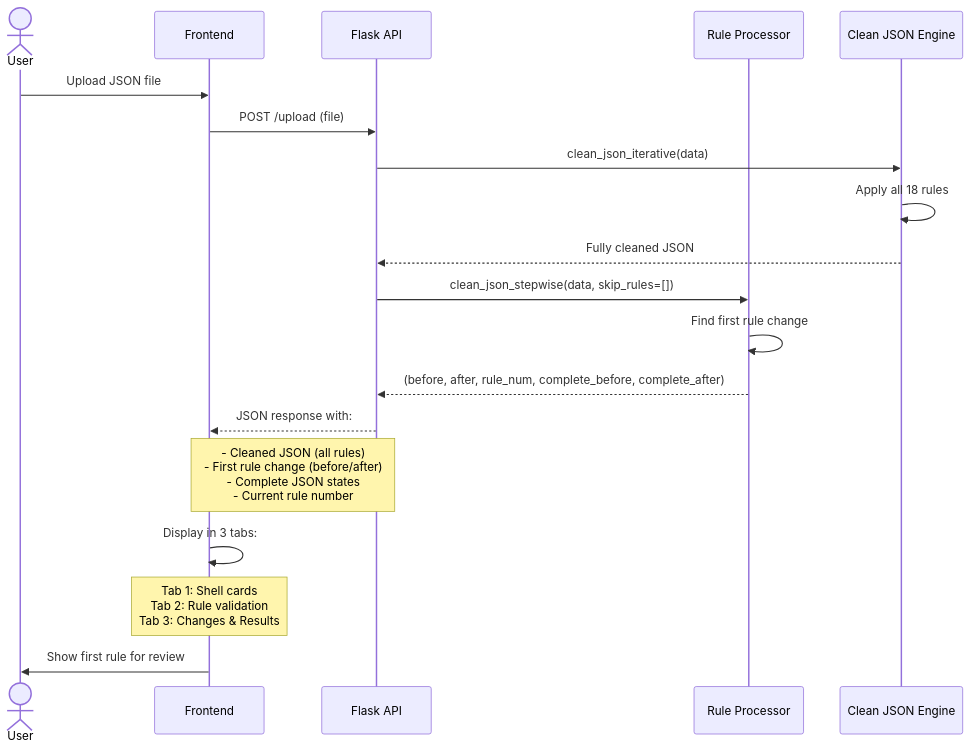
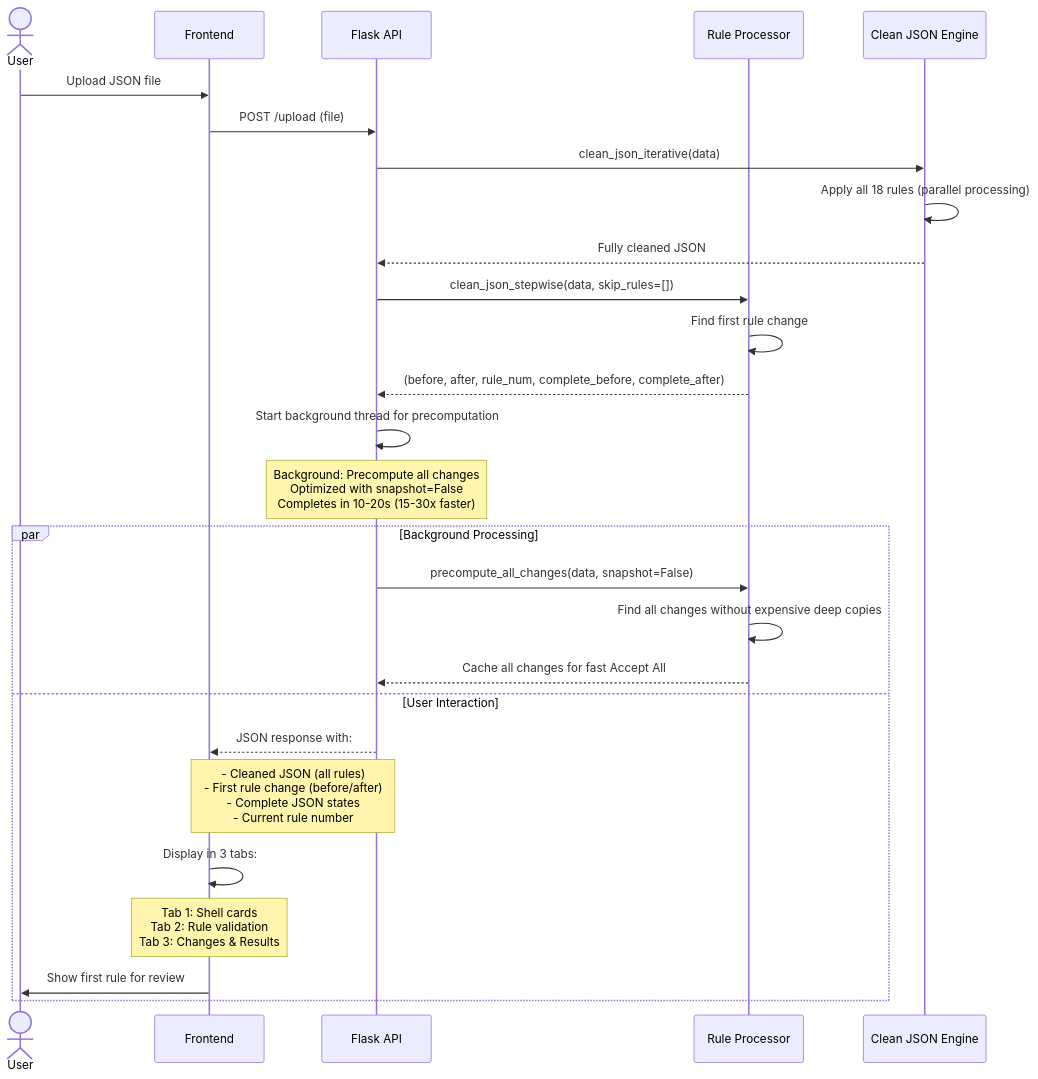
Before and after one commit to ErfanTagh/AASX-Sanity: the first of 9 diagrams in SEQUENCE_DIAGRAM.md, drawn with Mermaid. The commit also changed other lines of this file and 5 other files, not shown here.

````diff
--- a/SEQUENCE_DIAGRAM.md
+++ b/SEQUENCE_DIAGRAM.md
@@ -5,22 +5,30 @@
 ```mermaid
 sequenceDiagram
     actor User
     participant Frontend
     participant API as Flask API
     participant RuleProcessor as Rule Processor
     participant CleanJSON as Clean JSON Engine
 
     User->>Frontend: Upload JSON file
     Frontend->>API: POST /upload (file)
     API->>CleanJSON: clean_json_iterative(data)
-    CleanJSON->>CleanJSON: Apply all 18 rules
+    CleanJSON->>CleanJSON: Apply all 18 rules (parallel processing)
     CleanJSON-->>API: Fully cleaned JSON
     API->>RuleProcessor: clean_json_stepwise(data, skip_rules=[])
     RuleProcessor->>RuleProcessor: Find first rule change
     RuleProcessor-->>API: (before, after, rule_num, complete_before, complete_after)
-    API-->>Frontend: JSON response with:
-    Note over API,Frontend: - Cleaned JSON (all rules)<br/>- First rule change (before/after)<br/>- Complete JSON states<br/>- Current rule number
-    Frontend->>Frontend: Display in 3 tabs:
-    Note over Frontend: Tab 1: Shell cards<br/>Tab 2: Rule validation<br/>Tab 3: Changes & Results
-    Frontend->>User: Show first rule for review
+    API->>API: Start background thread for precomputation
+    Note over API: Background: Precompute all changes<br/>Optimized with snapshot=False<br/>Completes in 10-20s (15-30x faster)
+    par Background Processing
+        API->>RuleProcessor: precompute_all_changes(data, snapshot=False)
+        RuleProcessor->>RuleProcessor: Find all changes without expensive deep copies
+        RuleProcessor-->>API: Cache all changes for fast Accept All
+    and User Interaction
+        API-->>Frontend: JSON response with:
+        Note over API,Frontend: - Cleaned JSON (all rules)<br/>- First rule change (before/after)<br/>- Complete JSON states<br/>- Current rule number
+        Frontend->>Frontend: Display in 3 tabs:
+        Note over Frontend: Tab 1: Shell cards<br/>Tab 2: Rule validation<br/>Tab 3: Changes & Results
+        Frontend->>User: Show first rule for review
+    end
 ```
````
